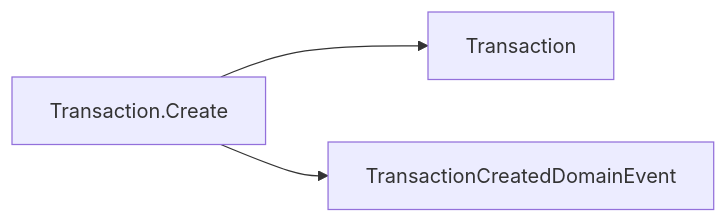
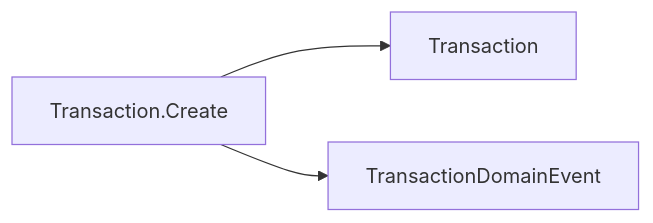
One commit to lscarvalhoo/DailyLedger changed the sixth of 7 diagrams in LedgerFlow/README.md. Above: the diagram before and after it, drawn with Mermaid. The commit also changed other lines of this file, not shown here.

````diff
--- a/LedgerFlow/README.md
+++ b/LedgerFlow/README.md
@@ -306,5 +306,5 @@
 ```mermaid
 flowchart LR
 		CREATE[Transaction.Create] --> TRANSACTION[Transaction]
-		CREATE --> EVENT[TransactionCreatedDomainEvent]
+		CREATE --> EVENT[TransactionDomainEvent]
 ```
````
